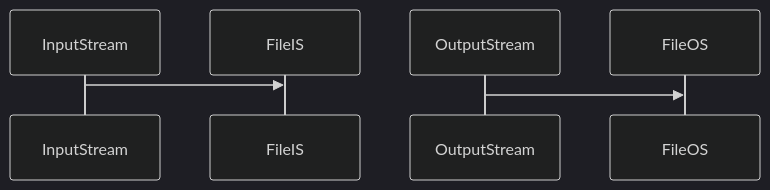
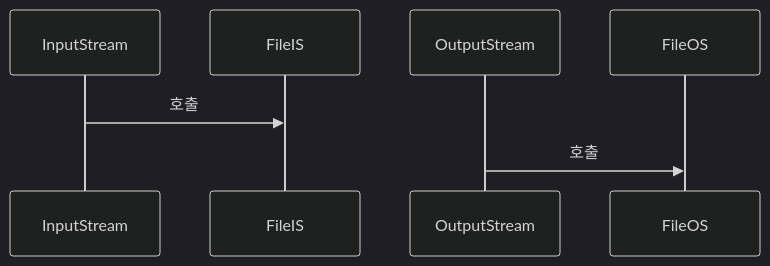
One commit to yjkim2015/yjkim2015.github.io changed the third of 11 diagrams in _posts/java/2026-05-01-java-io.md. Above: the diagram before and after it, drawn with Mermaid (dark theme). The commit also changed other lines of this file and 85 other files, not shown here.

First line of the commit message:
sequenceDiagram 문법 에러 2차 수정 169개 (86파일)

````diff
--- a/_posts/java/2026-05-01-java-io.md
+++ b/_posts/java/2026-05-01-java-io.md
@@ -50,5 +50,5 @@
 ```mermaid
 sequenceDiagram
-    InputStream->>FileIS:
-    OutputStream->>FileOS:
+    InputStream->>FileIS: 호출
+    OutputStream->>FileOS: 호출
 ```
````
